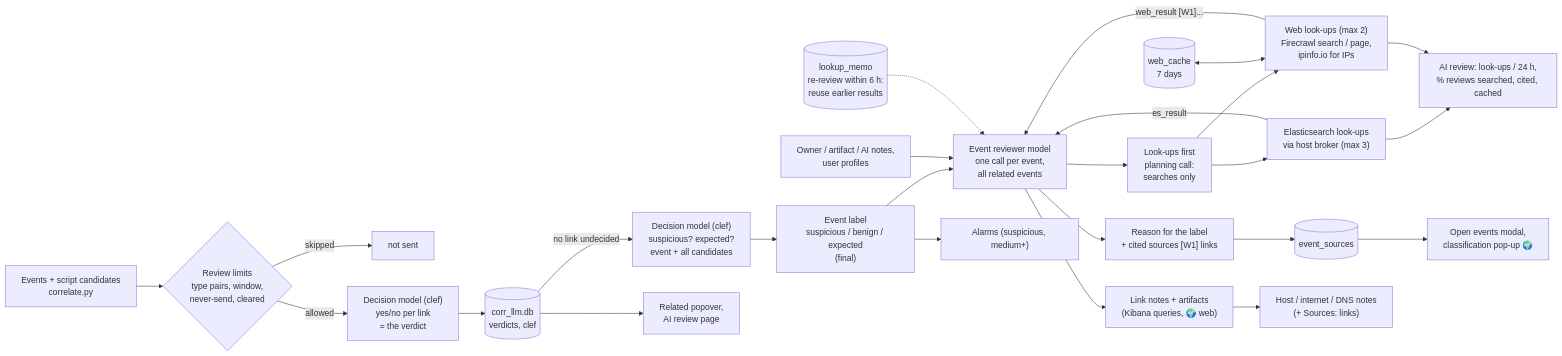
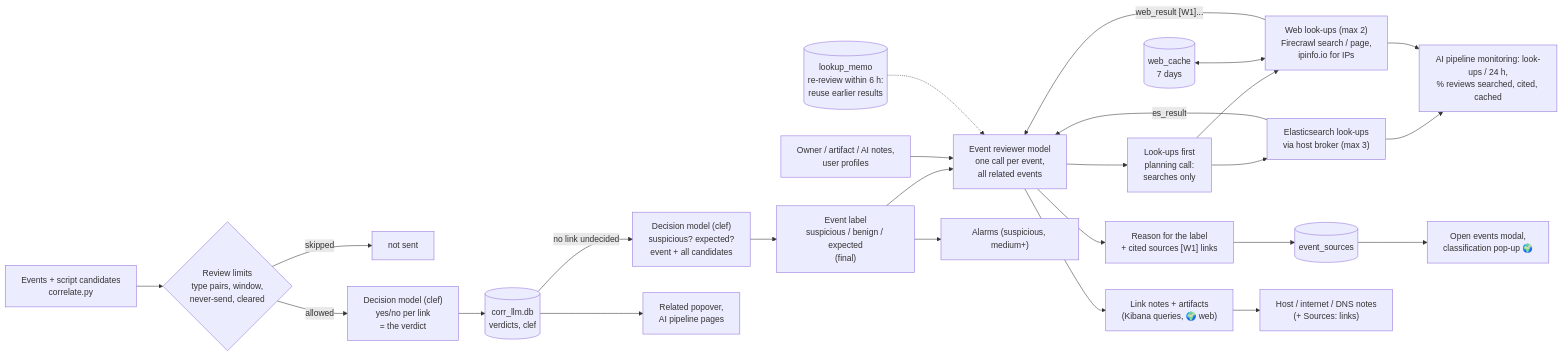
Before and after one commit to hermeslohin/netmon: the first of 3 diagrams in docs/CORRELATION.md, drawn with Mermaid. The commit also changed other lines of this file and 34 other files, not shown here.

````diff
--- a/docs/CORRELATION.md
+++ b/docs/CORRELATION.md
@@ -147,27 +147,27 @@
 ```mermaid
 flowchart LR
     EV["Events + script candidates\ncorrelate.py"] --> LIM{"Review limits\ntype pairs, window,\nnever-send, cleared"}
     LIM -- "skipped" --> HID["not sent"]
     LIM -- "allowed" --> CLEF["Decision model (clef)\nyes/no per link\n= the verdict"]
     CLEF --> DB[("corr_llm.db\nverdicts, clef")]
     DB -- "no link undecided" --> CL2["Decision model (clef)\nsuspicious? expected?\nevent + all candidates"]
     CL2 --> LAB["Event label\nsuspicious / benign / expected\n(final)"]
     LAB --> REV["Event reviewer model\none call per event,\nall related events"]
     NOTES["Owner / artifact / AI notes,\nuser profiles"] --> REV
     MEMO[("lookup_memo\nre-review within 6 h:\nreuse earlier results")] -.-> REV
     PLAN["Look-ups first\nplanning call:\nsearches only"] --> ES["Elasticsearch look-ups\nvia host broker (max 3)"]
     PLAN --> WEB["Web look-ups (max 2)\nFirecrawl search / page,\nipinfo.io for IPs"]
     WC[("web_cache\n7 days")] <--> WEB
     REV --> PLAN
     ES -- "es_result" --> REV
     WEB -- "web_result [W1]..." --> REV
     REV --> RS["Reason for the label\n+ cited sources [W1] links"]
     RS --> SRC[("event_sources")]
     SRC --> OE["Open events modal,\nclassification pop-up 🌍"]
     REV --> LN["Link notes + artifacts\n(Kibana queries, 🌍 web)"]
     LN --> HN["Host / internet / DNS notes\n(+ Sources: links)"]
-    ES --> KPI["AI review: look-ups / 24 h,\n% reviews searched, cited, cached"]
+    ES --> KPI["AI pipeline monitoring: look-ups / 24 h,\n% reviews searched, cited, cached"]
     WEB --> KPI
     LAB --> AL["Alarms (suspicious, medium+)"]
-    DB --> UI["Related popover,\nAI review page"]
+    DB --> UI["Related popover,\nAI pipeline pages"]
 ```
````
